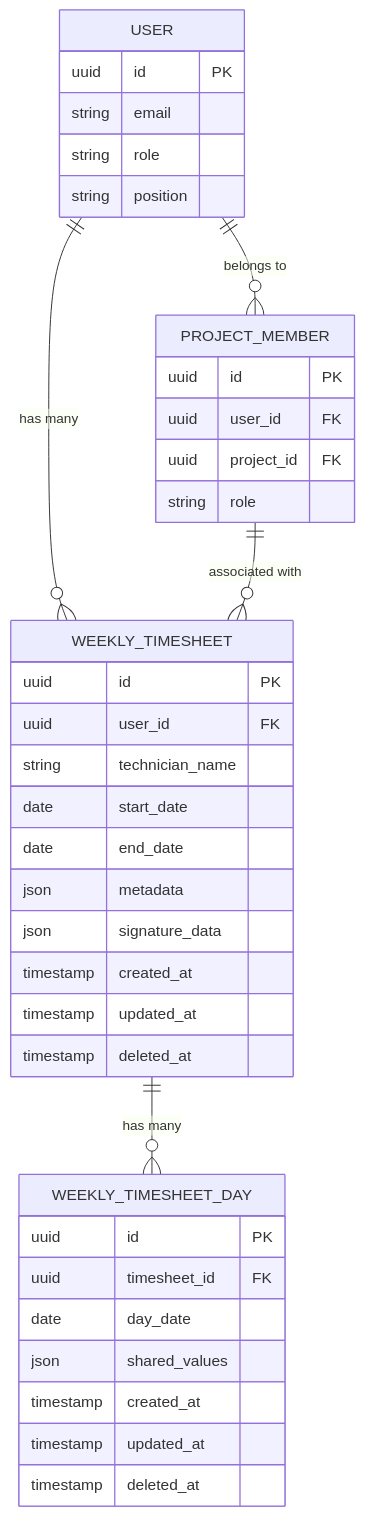
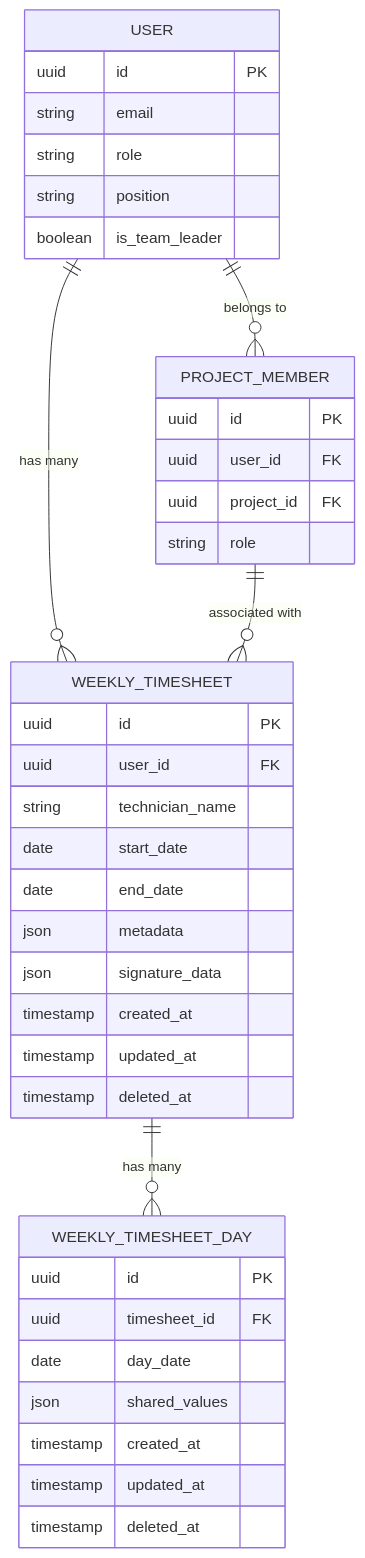
The sixth of 13 diagrams in .qoder/repowiki/en/content/Arquitetura Backend/Módulos do Sistema/Timesheet Semanal - Módulo Backend.md (RobertRuas/windlog), drawn with Mermaid before and after one commit. The commit also changed other lines of this file and 46 other files, not shown here.

First line of the commit message:
fix: persist isTeamLeader on user update and return in user list

````diff
--- a/.qoder/repowiki/en/content/Arquitetura Backend/Módulos do Sistema/Timesheet Semanal - Módulo Backend.md
+++ b/.qoder/repowiki/en/content/Arquitetura Backend/Módulos do Sistema/Timesheet Semanal - Módulo Backend.md
@@ -429,40 +458,41 @@
 ```mermaid
 erDiagram
 WEEKLY_TIMESHEET {
 uuid id PK
 uuid user_id FK
 string technician_name
 date start_date
 date end_date
 json metadata
 json signature_data
 timestamp created_at
 timestamp updated_at
 timestamp deleted_at
 }
 WEEKLY_TIMESHEET_DAY {
 uuid id PK
 uuid timesheet_id FK
 date day_date
 json shared_values
 timestamp created_at
 timestamp updated_at
 timestamp deleted_at
 }
 USER {
 uuid id PK
 string email
 string role
 string position
+boolean is_team_leader
 }
 PROJECT_MEMBER {
 uuid id PK
 uuid user_id FK
 uuid project_id FK
 string role
 }
 WEEKLY_TIMESHEET ||--o{ WEEKLY_TIMESHEET_DAY : "has many"
 USER ||--o{ WEEKLY_TIMESHEET : "has many"
 USER ||--o{ PROJECT_MEMBER : "belongs to"
 PROJECT_MEMBER ||--o{ WEEKLY_TIMESHEET : "associated with"
 ```
````
